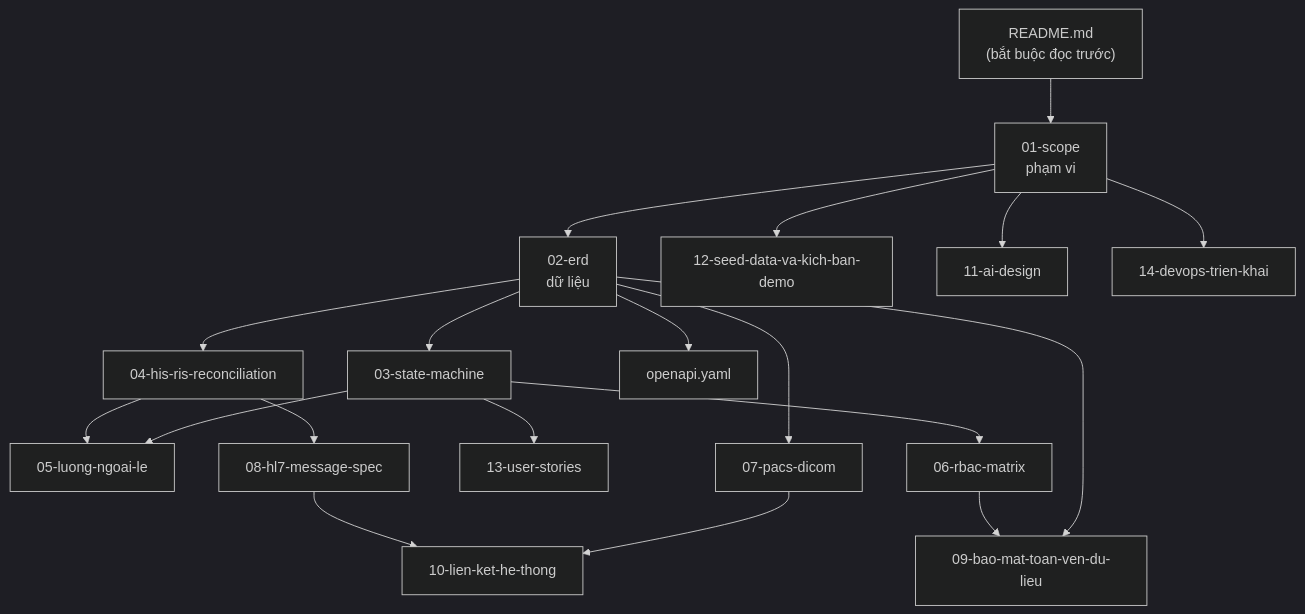
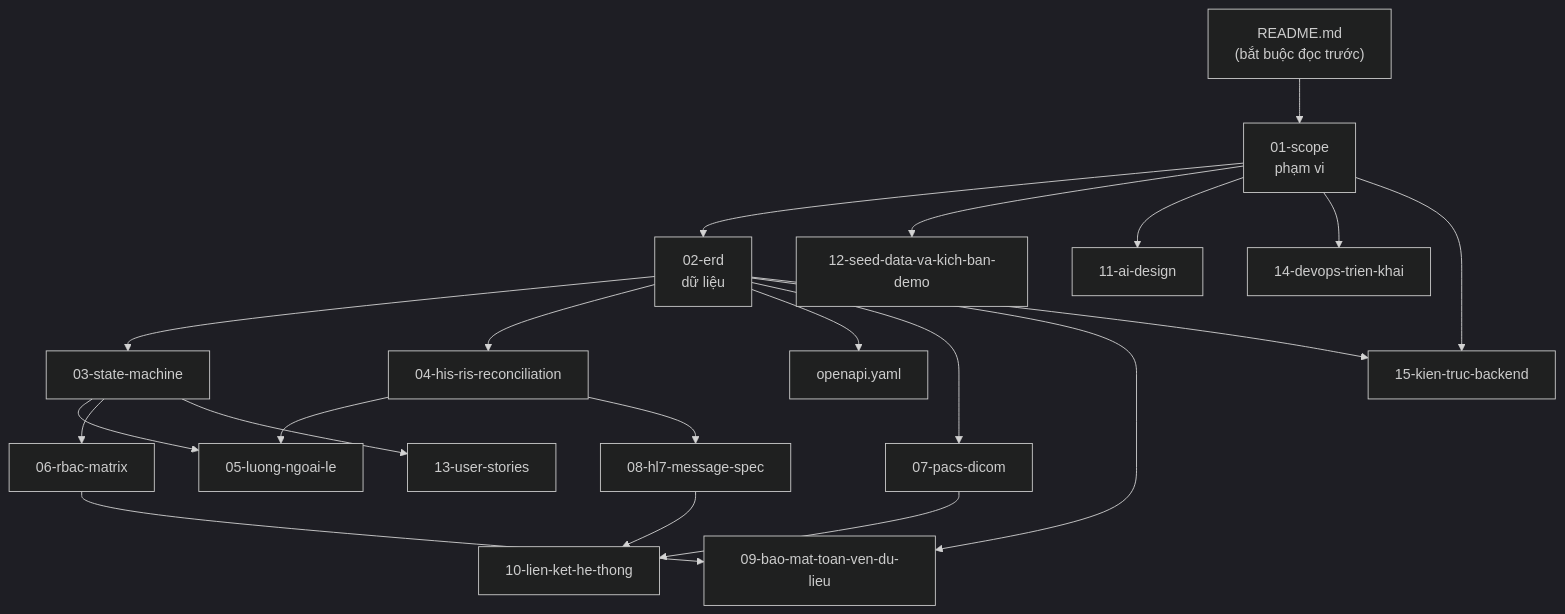
The sixth of 7 diagrams in README.md (dennynguyen0905/web-MRI), drawn with Mermaid (dark theme) before and after one commit. The commit also changed other lines of this file and 69 other files, not shown here.

First line of the commit message:
R-05: kien truc phan tang backend + skeleton Department/Device/ServiceItem

````diff
--- a/README.md
+++ b/README.md
@@ -370,29 +372,32 @@
 ```mermaid
 flowchart TB
     R["README.md<br/>(bắt buộc đọc trước)"]
     S01["01-scope<br/>phạm vi"]
     S02["02-erd<br/>dữ liệu"]
     S03["03-state-machine"]
     S04["04-his-ris-reconciliation"]
 
     R --> S01 --> S02
     S02 --> S03
     S02 --> S04
 
     S03 --> B1["05-luong-ngoai-le"]
     S04 --> B1
     S03 --> B2["06-rbac-matrix"]
     S03 --> B3["13-user-stories"]
     S02 --> B4["openapi.yaml"]
 
     S02 --> C1["07-pacs-dicom"]
     S04 --> C2["08-hl7-message-spec"]
     C1 --> C3["10-lien-ket-he-thong"]
     C2 --> C3
 
     S02 --> D1["09-bao-mat-toan-ven-du-lieu"]
     B2 --> D1
     S01 --> D2["12-seed-data-va-kich-ban-demo"]
     S01 --> D3["11-ai-design"]
     S01 --> D4["14-devops-trien-khai"]
+
+    S01 --> S15["15-kien-truc-backend"]
+    S02 --> S15
 ```
````
